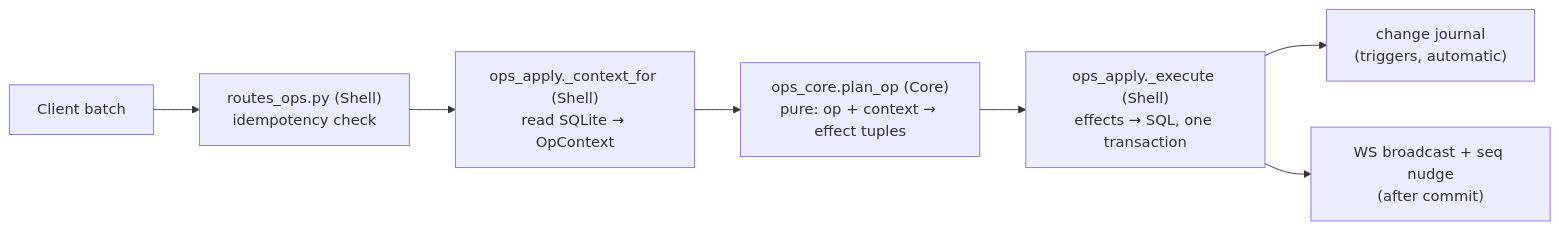
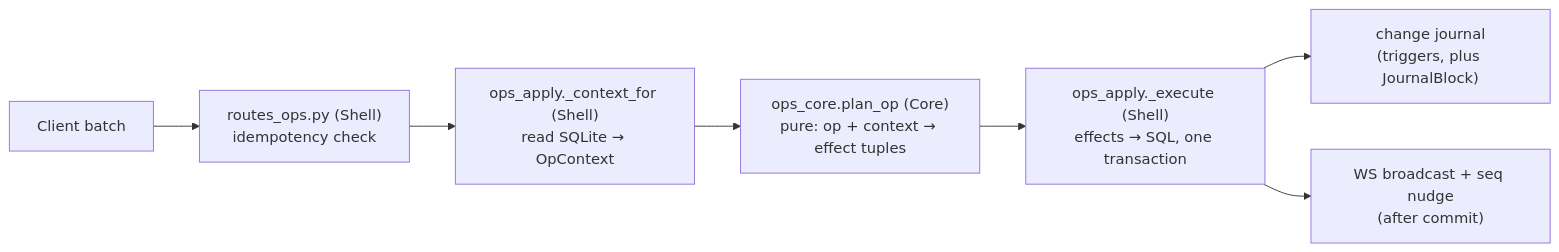
Before and after one commit to ArthurClune/pkm-system: the second of 2 diagrams in docs/architecture/backend.md, drawn with Mermaid. The commit also changed other lines of this file and 21 other files, not shown here.

````diff
--- a/docs/architecture/backend.md
+++ b/docs/architecture/backend.md
@@ -222,9 +222,9 @@
 ```mermaid
 flowchart LR
     C[Client batch] --> R["routes_ops.py (Shell)<br/>idempotency check"]
     R --> CTX["ops_apply._context_for (Shell)<br/>read SQLite → OpContext"]
     CTX --> P["ops_core.plan_op (Core)<br/>pure: op + context → effect tuples"]
     P --> X["ops_apply._execute (Shell)<br/>effects → SQL, one transaction"]
-    X --> J["change journal<br/>(triggers, automatic)"]
+    X --> J["change journal<br/>(triggers, plus JournalBlock)"]
     X --> B["WS broadcast + seq nudge<br/>(after commit)"]
 ```
````
